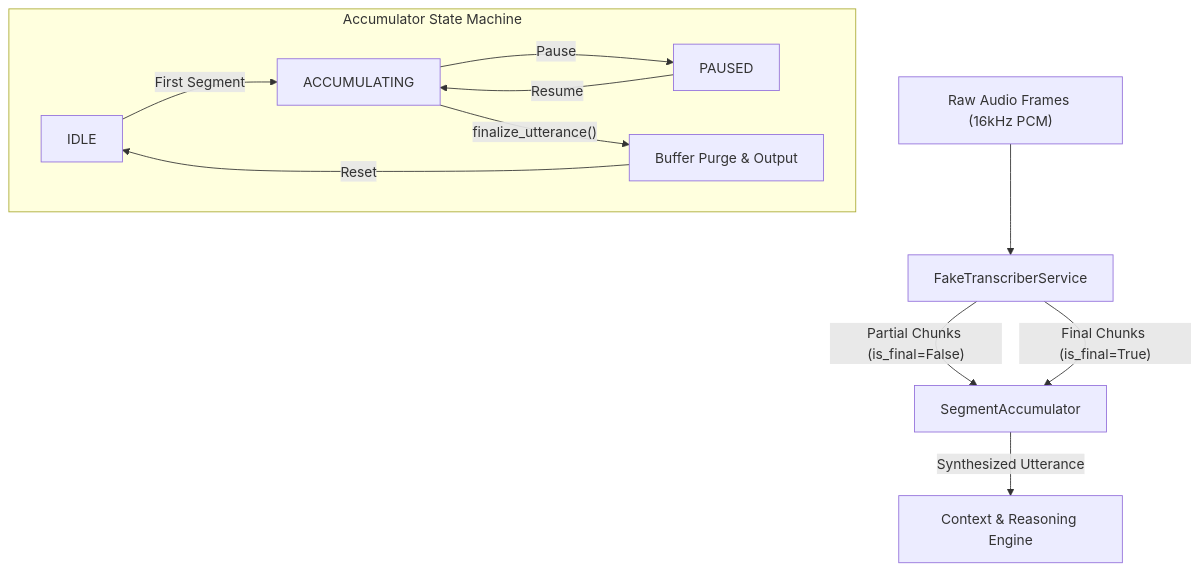
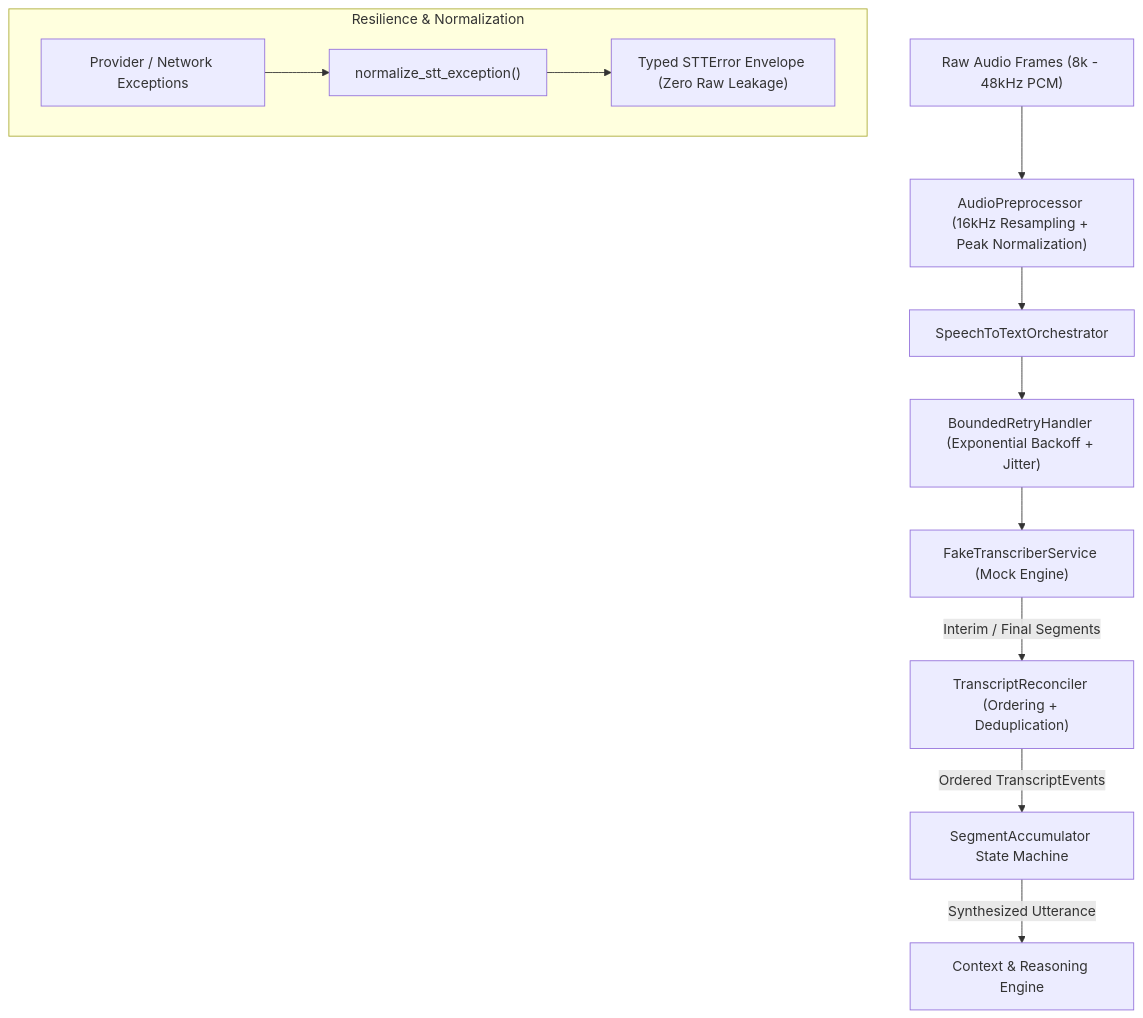
Before and after one commit to Tony-chopper1/SDE-9: the diagram in packages/speech_to_text/README.md, drawn with Mermaid. The commit also changed other lines of this file and 3 other files, not shown here.

Commit message:
docs(stt): update TypeScript parity contracts, CLI demo, and module architecture documentation

````diff
--- a/packages/speech_to_text/README.md
+++ b/packages/speech_to_text/README.md
@@ -15,16 +16,15 @@
 ```mermaid
 flowchart TD
-    AudioStream["Raw Audio Frames (16kHz PCM)"] --> FakeTranscriber["FakeTranscriberService"]
-    FakeTranscriber -->|"Partial Chunks (is_final=False)"| Accumulator["SegmentAccumulator"]
-    FakeTranscriber -->|"Final Chunks (is_final=True)"| Accumulator
-    
-    subgraph AccumulatorState["Accumulator State Machine"]
-        IDLE["IDLE"] -->|"First Segment"| ACCUMULATING["ACCUMULATING"]
-        ACCUMULATING -->|"Pause"| PAUSED["PAUSED"]
-        PAUSED -->|"Resume"| ACCUMULATING
-        ACCUMULATING -->|"finalize_utterance()"| FINALIZED["Buffer Purge & Output"]
-        FINALIZED -->|"Reset"| IDLE
+    AudioStream["Raw Audio Frames (8k - 48kHz PCM)"] --> Preprocessor["AudioPreprocessor (16kHz Resampling + Peak Normalization)"]
+    Preprocessor --> Orchestrator["SpeechToTextOrchestrator"]
+    Orchestrator --> RetryHandler["BoundedRetryHandler (Exponential Backoff + Jitter)"]
+    RetryHandler --> Provider["FakeTranscriberService (Mock Engine)"]
+    Provider -->|"Interim / Final Segments"| Reconciler["TranscriptReconciler (Ordering + Deduplication)"]
+    Reconciler -->|"Ordered TranscriptEvents"| Accumulator["SegmentAccumulator State Machine"]
+    Accumulator -->|"Synthesized Utterance"| Downstream["Context & Reasoning Engine"]
+
+    subgraph ErrorHandling["Resilience & Normalization"]
+        RawErrors["Provider / Network Exceptions"] --> Normalizer["normalize_stt_exception()"]
+        Normalizer --> STTErrorEnvelope["Typed STTError Envelope (Zero Raw Leakage)"]
     end
-
-    Accumulator -->|"Synthesized Utterance"| Downstream["Context & Reasoning Engine"]
 ```
````
